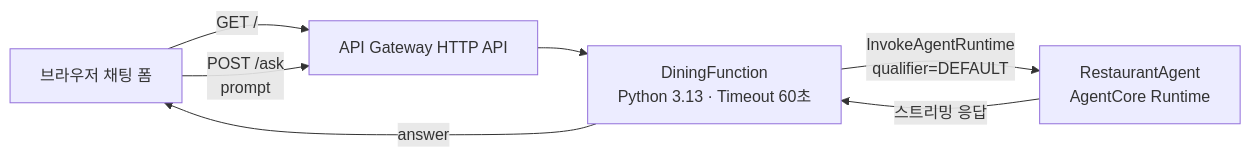
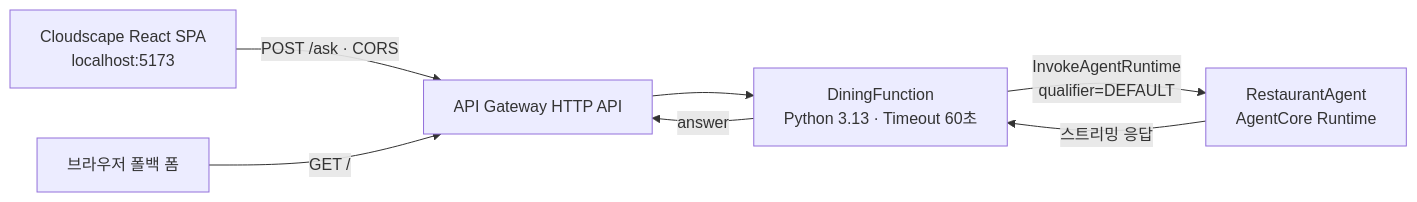
One commit to clialim/restaurant-agent-agentcore changed the second of 3 diagrams in README.md. Above: the diagram before and after it, drawn with Mermaid. The commit also changed other lines of this file and 13 other files, not shown here.

First line of the commit message:
feat: Cloudscape 채팅 프론트엔드와 CORS 통합 (dining-web Part 3·4)

````diff
--- a/README.md
+++ b/README.md
@@ -99,9 +101,9 @@
 ```mermaid
 flowchart LR
-    Browser[브라우저 채팅 폼] -->|GET /| Api[API Gateway HTTP API]
-    Browser -->|POST /ask<br/>prompt| Api
+    SPA[Cloudscape React SPA<br/>localhost:5173] -->|POST /ask · CORS| Api[API Gateway HTTP API]
+    Browser[브라우저 폴백 폼] -->|GET /| Api
     Api --> Lambda[DiningFunction<br/>Python 3.13 · Timeout 60초]
     Lambda -->|InvokeAgentRuntime<br/>qualifier=DEFAULT| AgentCore[RestaurantAgent<br/>AgentCore Runtime]
     AgentCore -->|스트리밍 응답| Lambda
-    Lambda -->|answer| Browser
+    Lambda -->|answer| Api
 ```
````
